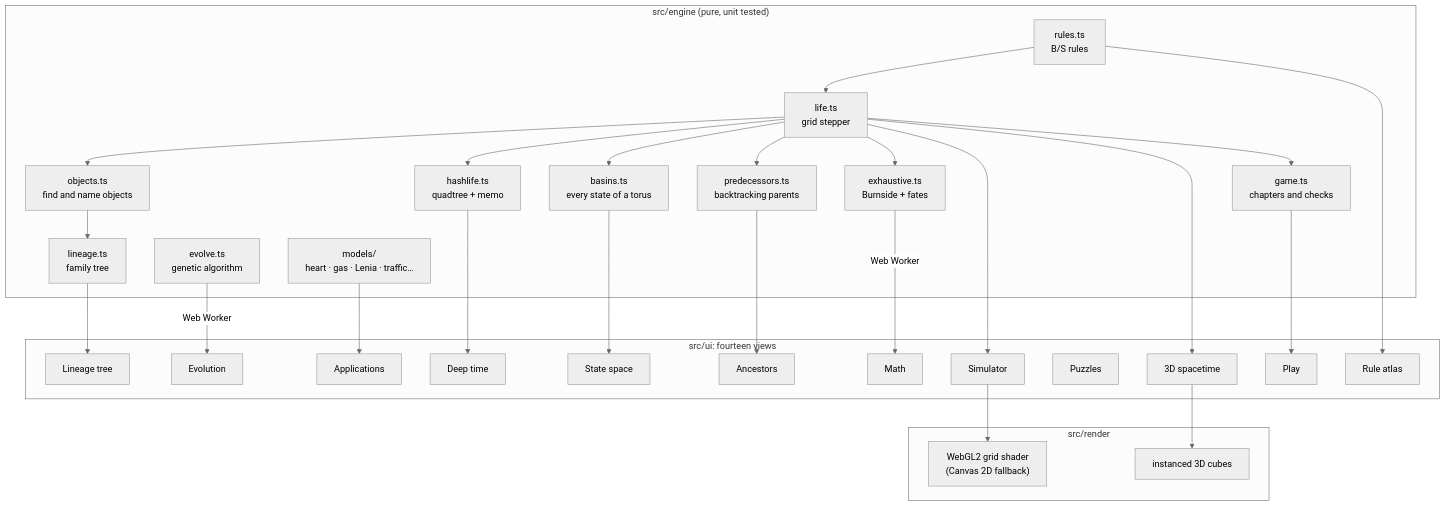
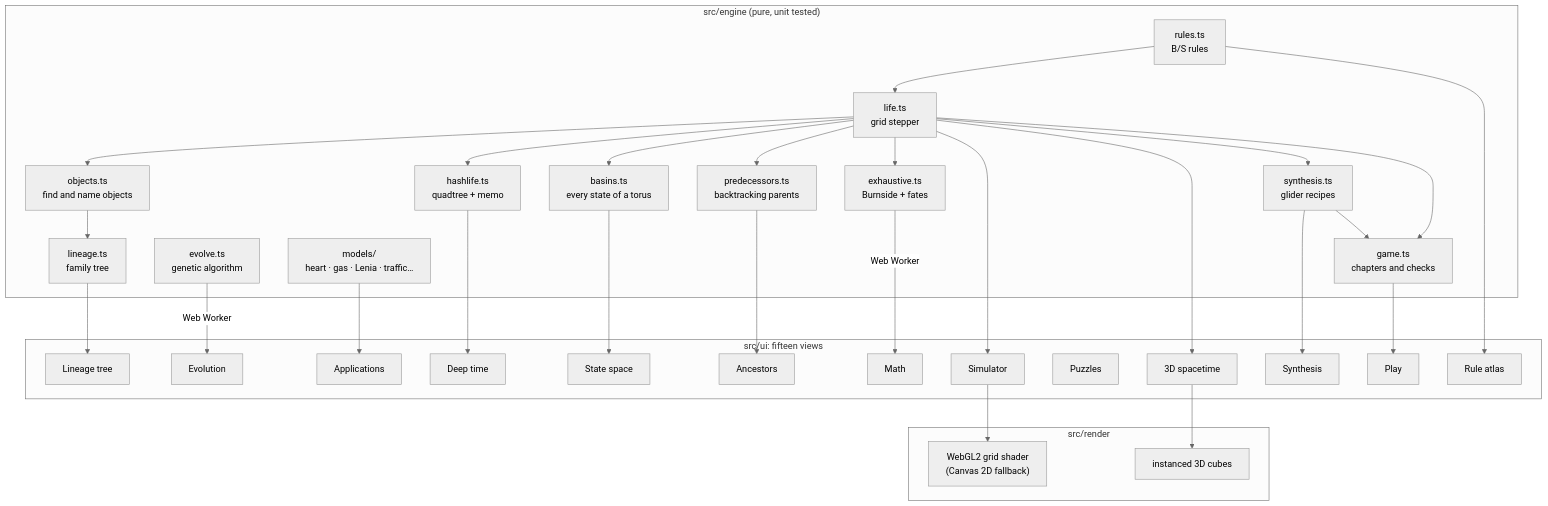
Before and after one commit to Normansrule/game-of-life: the third of 4 diagrams in README.md, drawn with Mermaid (neutral theme). The commit also changed other lines of this file and 22 other files, not shown here.

````diff
--- a/README.md
+++ b/README.md
@@ -420,35 +434,38 @@
 ```mermaid
 flowchart TB
   subgraph engine["src/engine (pure, unit tested)"]
     life["life.ts<br/>grid stepper"] --> objects["objects.ts<br/>find and name objects"]
     objects --> lineage["lineage.ts<br/>family tree"]
     life --> hashlife["hashlife.ts<br/>quadtree + memo"]
     life --> basins["basins.ts<br/>every state of a torus"]
     life --> preds["predecessors.ts<br/>backtracking parents"]
     life --> exhaustive["exhaustive.ts<br/>Burnside + fates"]
     rules["rules.ts<br/>B/S rules"] --> life
     evolve["evolve.ts<br/>genetic algorithm"]
     models["models/<br/>heart · gas · Lenia · traffic…"]
     game["game.ts<br/>chapters and checks"]
+    synthesis["synthesis.ts<br/>glider recipes"]
   end
   subgraph render["src/render"]
     gl["WebGL2 grid shader<br/>(Canvas 2D fallback)"]
     cubes["instanced 3D cubes"]
   end
-  subgraph ui["src/ui: fourteen views"]
+  subgraph ui["src/ui: fifteen views"]
     sim["Simulator"]; tree["Lineage tree"]; space["3D spacetime"]; deep["Deep time"]
     basinv["State space"]; anc["Ancestors"]; atlas["Rule atlas"]; evo["Evolution"]
-    puz["Puzzles"]; math["Math"]; apps["Applications"]; play["Play"]
+    puz["Puzzles"]; math["Math"]; apps["Applications"]; play["Play"]; syn["Synthesis"]
   end
   life --> sim --> gl
   lineage --> tree
   life --> space --> cubes
   hashlife --> deep
   basins --> basinv
   preds --> anc
+  life --> synthesis --> syn
+  synthesis --> game
   rules --> atlas
   evolve -->|Web Worker| evo
   exhaustive -->|Web Worker| math
   models --> apps
   life --> game --> play
 ```
````
